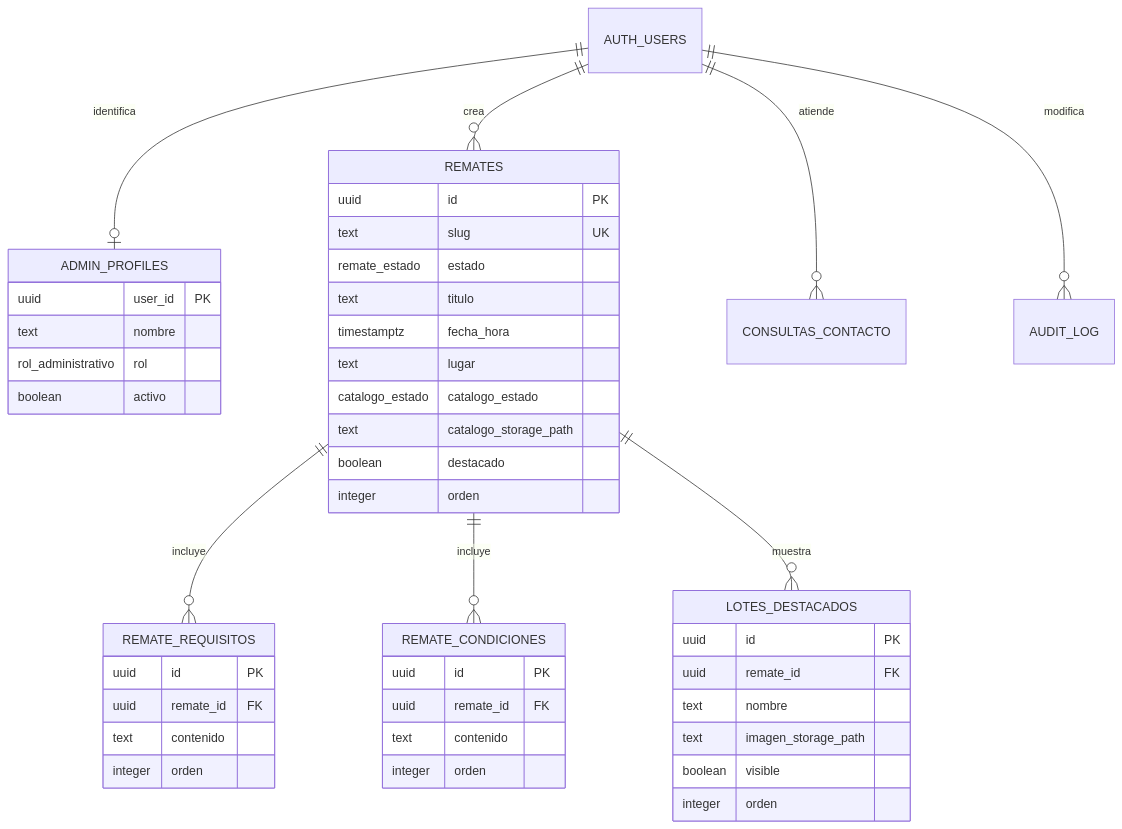
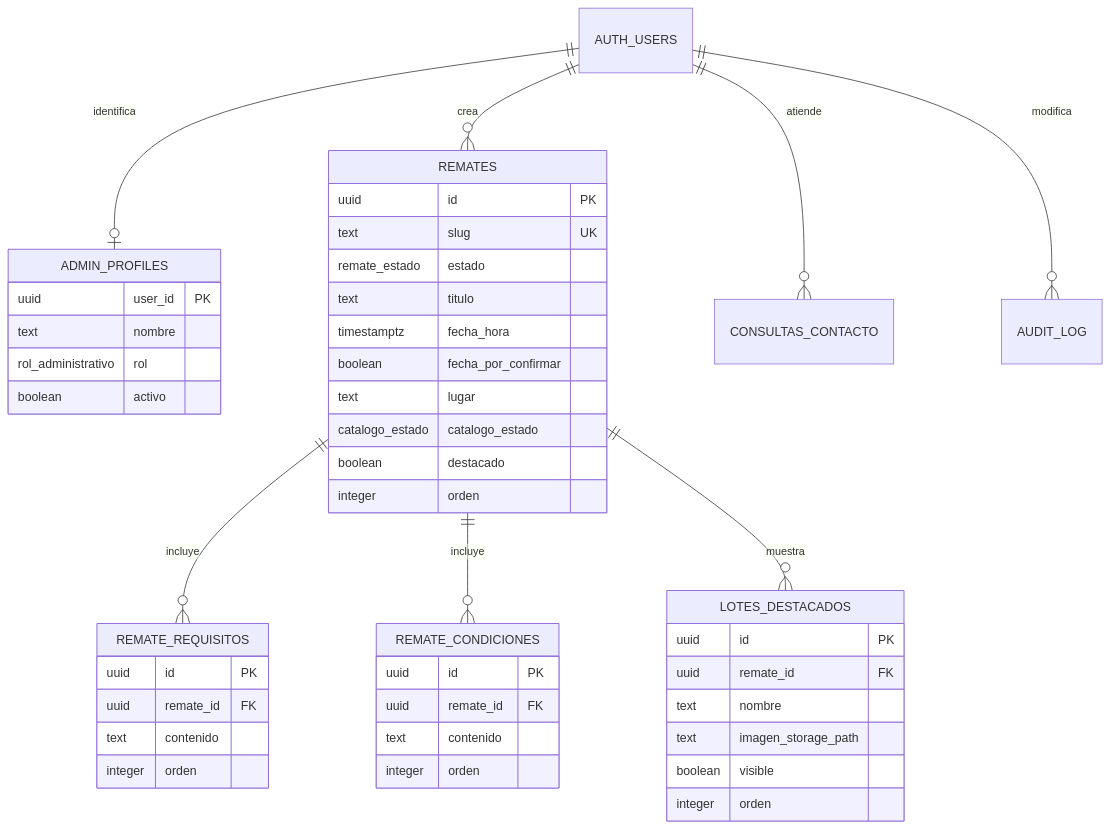
One commit to PabloCaffaro/zunino_remates_web changed the diagram in supabase/SCHEMA.md. Above: the diagram before and after it, drawn with Mermaid. The commit also changed other lines of this file and 38 other files, not shown here.

````diff
--- a/supabase/SCHEMA.md
+++ b/supabase/SCHEMA.md
@@ -6,53 +6,53 @@
 ```mermaid
 erDiagram
   AUTH_USERS ||--o| ADMIN_PROFILES : identifica
   AUTH_USERS ||--o{ REMATES : crea
   REMATES ||--o{ REMATE_REQUISITOS : incluye
   REMATES ||--o{ REMATE_CONDICIONES : incluye
   REMATES ||--o{ LOTES_DESTACADOS : muestra
   AUTH_USERS ||--o{ CONSULTAS_CONTACTO : atiende
   AUTH_USERS ||--o{ AUDIT_LOG : modifica
 
   ADMIN_PROFILES {
     uuid user_id PK
     text nombre
     rol_administrativo rol
     boolean activo
   }
 
   REMATES {
     uuid id PK
     text slug UK
     remate_estado estado
     text titulo
     timestamptz fecha_hora
+    boolean fecha_por_confirmar
     text lugar
     catalogo_estado catalogo_estado
-    text catalogo_storage_path
     boolean destacado
     integer orden
   }
 
   REMATE_REQUISITOS {
     uuid id PK
     uuid remate_id FK
     text contenido
     integer orden
   }
 
   REMATE_CONDICIONES {
     uuid id PK
     uuid remate_id FK
     text contenido
     integer orden
   }
 
   LOTES_DESTACADOS {
     uuid id PK
     uuid remate_id FK
     text nombre
     text imagen_storage_path
     boolean visible
     integer orden
   }
 ```
````
